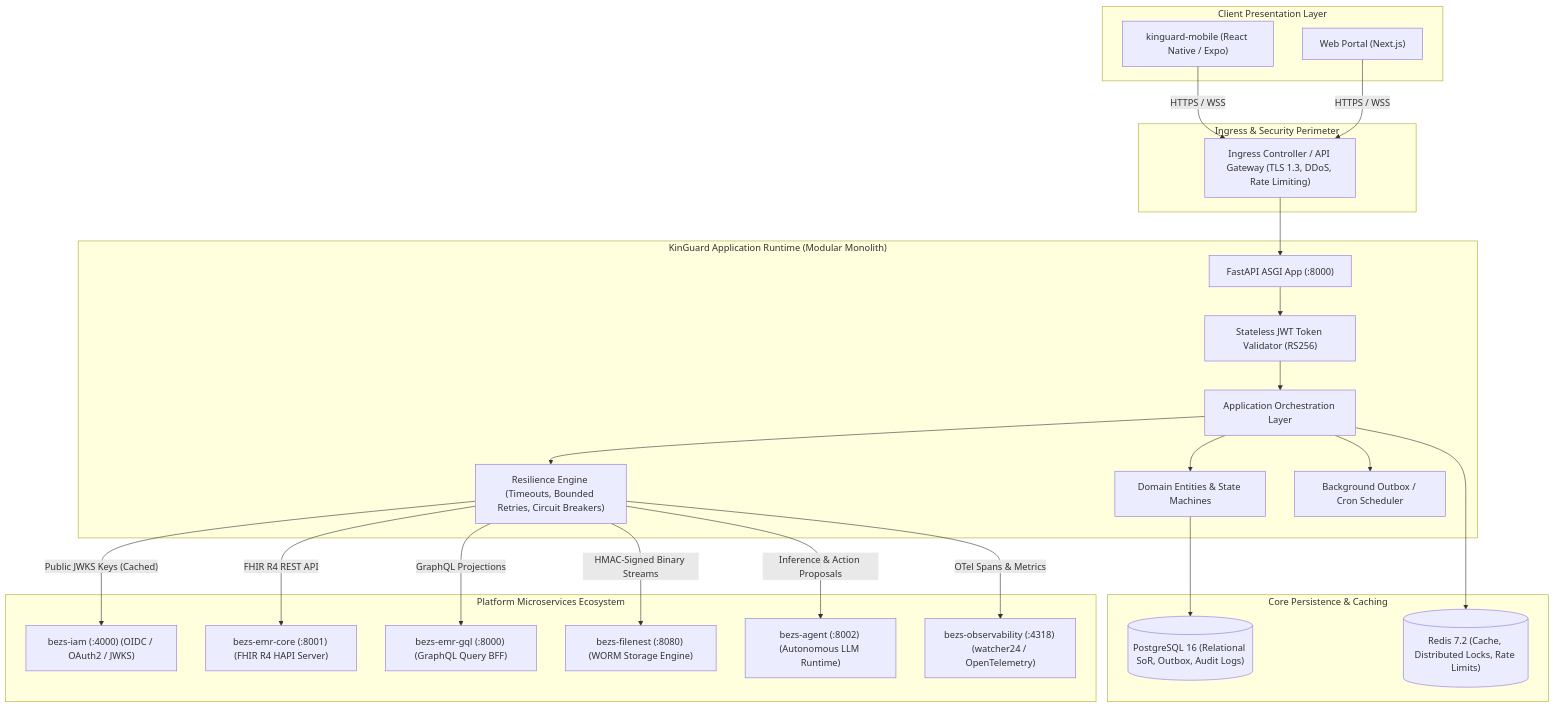
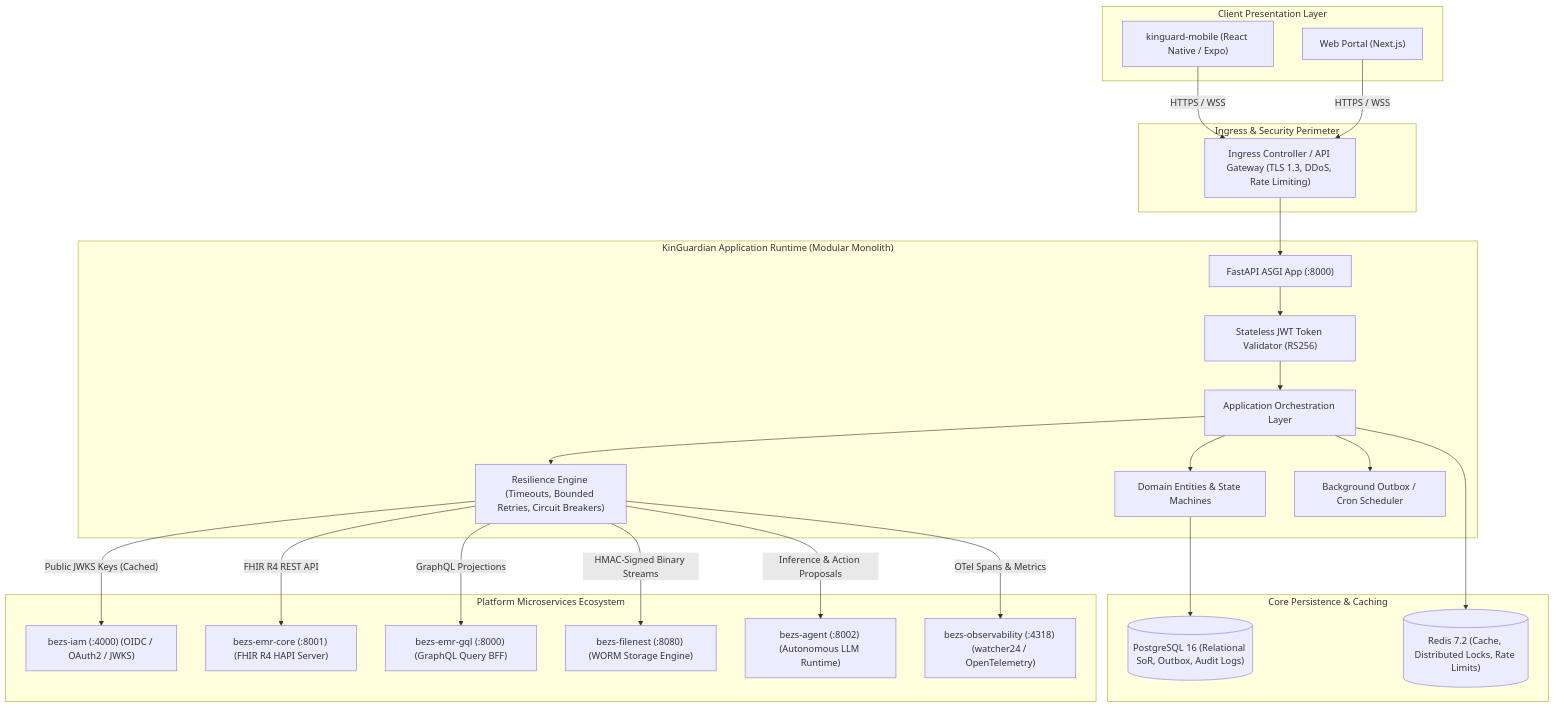
One commit to OpenHealthAgents/kinguardian-platform changed the first of 5 diagrams in ARCHITECTURE.md. Above: the diagram before and after it, drawn with Mermaid. The commit also changed other lines of this file and 3 other files, not shown here.

Commit message:
docs: enrich codebase comments, PEP 257 docstrings, and system architecture

````diff
--- a/ARCHITECTURE.md
+++ b/ARCHITECTURE.md
@@ -54,55 +54,56 @@
 ```mermaid
 graph TB
     subgraph Client_Layer ["Client Presentation Layer"]
         MobileApp["kinguard-mobile (React Native / Expo)"]
         WebApp["Web Portal (Next.js)"]
     end
 
 
     subgraph Edge_Routing ["Ingress & Security Perimeter"]
         Ingress["Ingress Controller / API Gateway (TLS 1.3, DDoS, Rate Limiting)"]
     end
 
-    subgraph KinGuard_Container ["KinGuard Application Runtime (Modular Monolith)"]
+    subgraph KinGuardian_Container ["KinGuardian Application Runtime (Modular Monolith)"]
         FastAPI["FastAPI ASGI App (:8000)"]
         AuthMiddleware["Stateless JWT Token Validator (RS256)"]
         AppServices["Application Orchestration Layer"]
         DomainLayer["Domain Entities & State Machines"]
         ResilienceEngine["Resilience Engine (Timeouts, Bounded Retries, Circuit Breakers)"]
         OutboxWorker["Background Outbox / Cron Scheduler"]
     end
+
 
     subgraph Internal_Persistence ["Core Persistence & Caching"]
         PostgreSQL[("PostgreSQL 16 (Relational SoR, Outbox, Audit Logs)")]
         RedisCache[("Redis 7.2 (Cache, Distributed Locks, Rate Limits)")]
     end
 
     subgraph External_Ecosystem ["Platform Microservices Ecosystem"]
         IAM["bezs-iam (:4000) (OIDC / OAuth2 / JWKS)"]
         EMR_Core["bezs-emr-core (:8001) (FHIR R4 HAPI Server)"]
         EMR_GQL["bezs-emr-gql (:8000) (GraphQL Query BFF)"]
         FileNest["bezs-filenest (:8080) (WORM Storage Engine)"]
         AgentService["bezs-agent (:8002) (Autonomous LLM Runtime)"]
         Observability["bezs-observability (:4318) (watcher24 / OpenTelemetry)"]
     end
 
     MobileApp -->|HTTPS / WSS| Ingress
     WebApp -->|HTTPS / WSS| Ingress
     Ingress --> FastAPI
 
     FastAPI --> AuthMiddleware
     AuthMiddleware --> AppServices
     AppServices --> DomainLayer
     AppServices --> ResilienceEngine
     AppServices --> OutboxWorker
 
     DomainLayer --> PostgreSQL
     AppServices --> RedisCache
 
     ResilienceEngine -->|"Public JWKS Keys (Cached)"| IAM
     ResilienceEngine -->|"FHIR R4 REST API"| EMR_Core
     ResilienceEngine -->|"GraphQL Projections"| EMR_GQL
     ResilienceEngine -->|"HMAC-Signed Binary Streams"| FileNest
     ResilienceEngine -->|"Inference & Action Proposals"| AgentService
     ResilienceEngine -->|"OTel Spans & Metrics"| Observability
 ```
````
